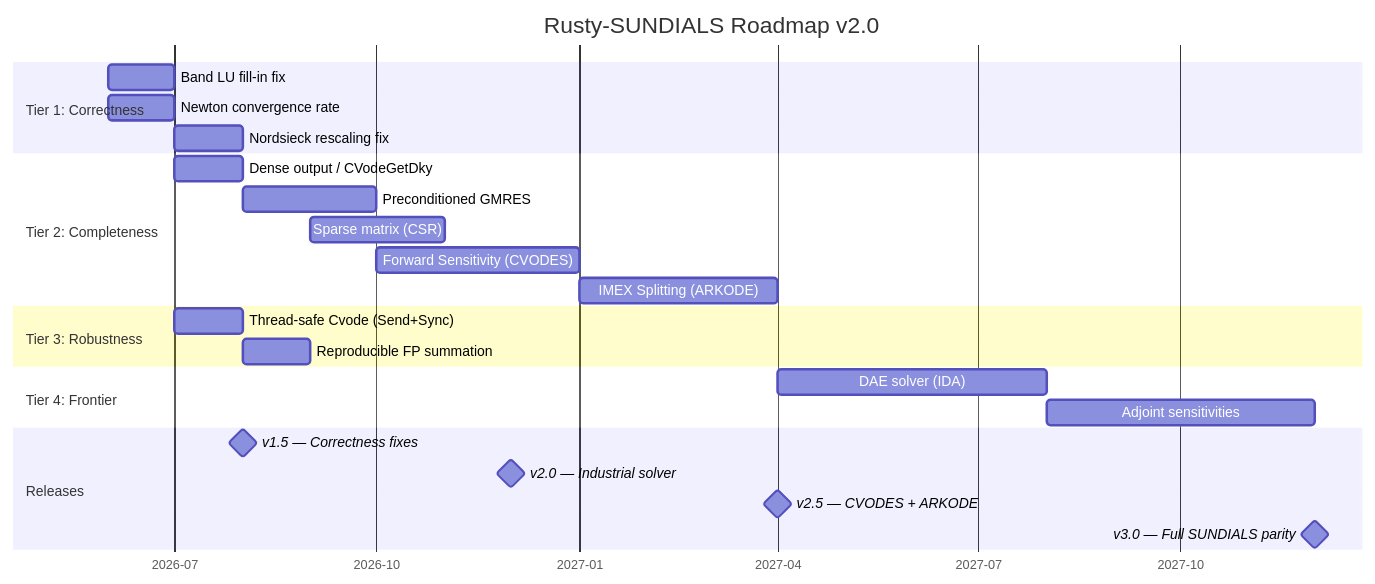
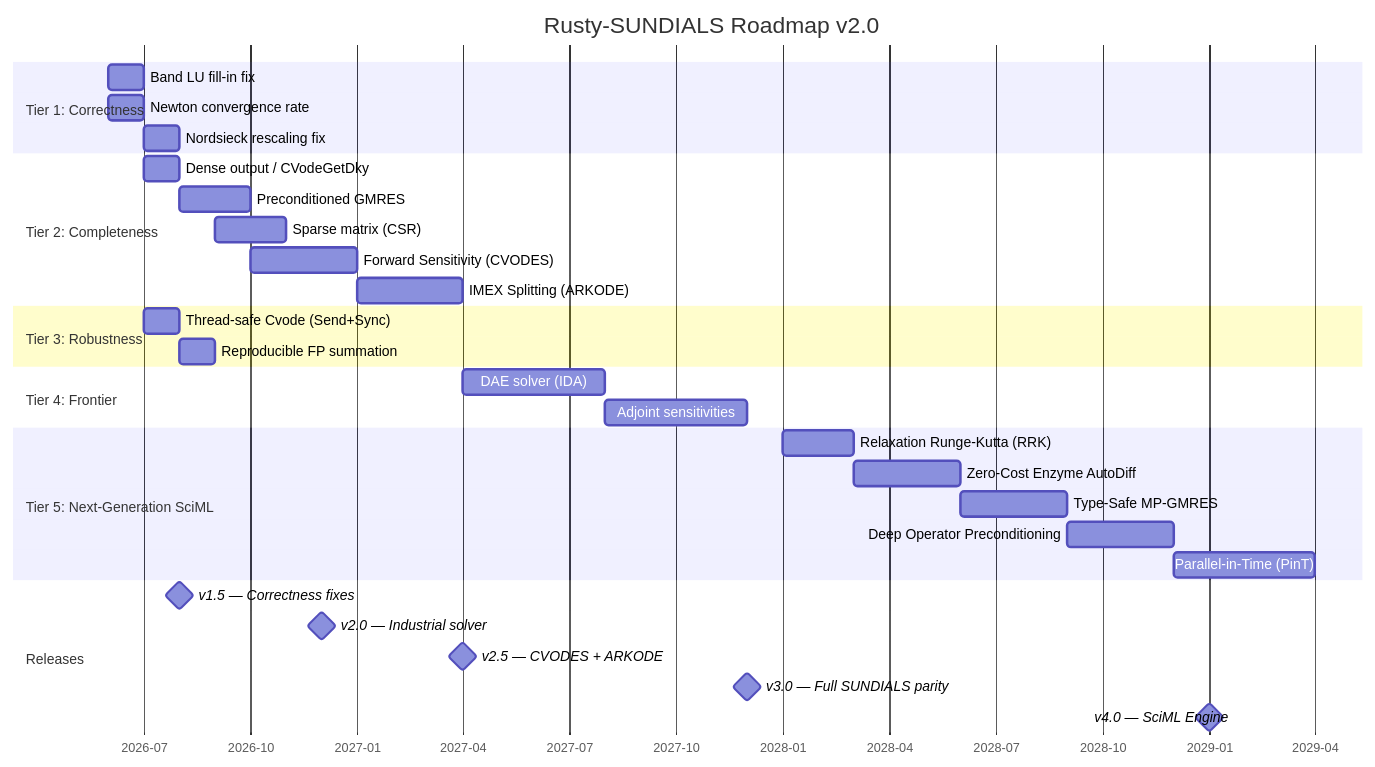
Before and after one commit to xaviercallens/rusty-SUNDIALS: the diagram in docs/ACADEMIC_ROADMAP_v2.md, drawn with Mermaid. The commit also changed other lines of this file and 1 other file, not shown here.

First line of the commit message:
docs(roadmap): Integrate SciML Tier 5 proposals

````diff
--- a/docs/ACADEMIC_ROADMAP_v2.md
+++ b/docs/ACADEMIC_ROADMAP_v2.md
@@ -210,32 +277,40 @@
 ```mermaid
 gantt
     title Rusty-SUNDIALS Roadmap v2.0
     dateFormat YYYY-MM
     axisFormat %Y-%m
 
     section Tier 1: Correctness
     Band LU fill-in fix              :t1a, 2026-06, 1M
     Newton convergence rate          :t1b, 2026-06, 1M
     Nordsieck rescaling fix          :t1c, 2026-07, 1M
 
     section Tier 2: Completeness
     Dense output / CVodeGetDky       :t2a, 2026-07, 1M
     Preconditioned GMRES             :t2b, 2026-08, 2M
     Sparse matrix (CSR)              :t2c, 2026-09, 2M
     Forward Sensitivity (CVODES)     :t2d, 2026-10, 3M
     IMEX Splitting (ARKODE)          :t2e, 2027-01, 3M
 
     section Tier 3: Robustness
     Thread-safe Cvode (Send+Sync)    :t3a, 2026-07, 1M
     Reproducible FP summation        :t3b, 2026-08, 1M
 
     section Tier 4: Frontier
     DAE solver (IDA)                 :t4a, 2027-04, 4M
     Adjoint sensitivities            :t4b, 2027-08, 4M
 
+    section Tier 5: Next-Generation SciML
+    Relaxation Runge-Kutta (RRK)     :t5a, 2028-01, 2M
+    Zero-Cost Enzyme AutoDiff        :t5b, 2028-03, 3M
+    Type-Safe MP-GMRES               :t5c, 2028-06, 3M
+    Deep Operator Preconditioning    :t5d, 2028-09, 3M
+    Parallel-in-Time (PinT)          :t5e, 2028-12, 4M
+
     section Releases
     v1.5 — Correctness fixes         :milestone, 2026-08, 0d
     v2.0 — Industrial solver         :milestone, 2026-12, 0d
     v2.5 — CVODES + ARKODE           :milestone, 2027-04, 0d
     v3.0 — Full SUNDIALS parity      :milestone, 2027-12, 0d
+    v4.0 — SciML Engine              :milestone, 2029-01, 0d
 ```
````
